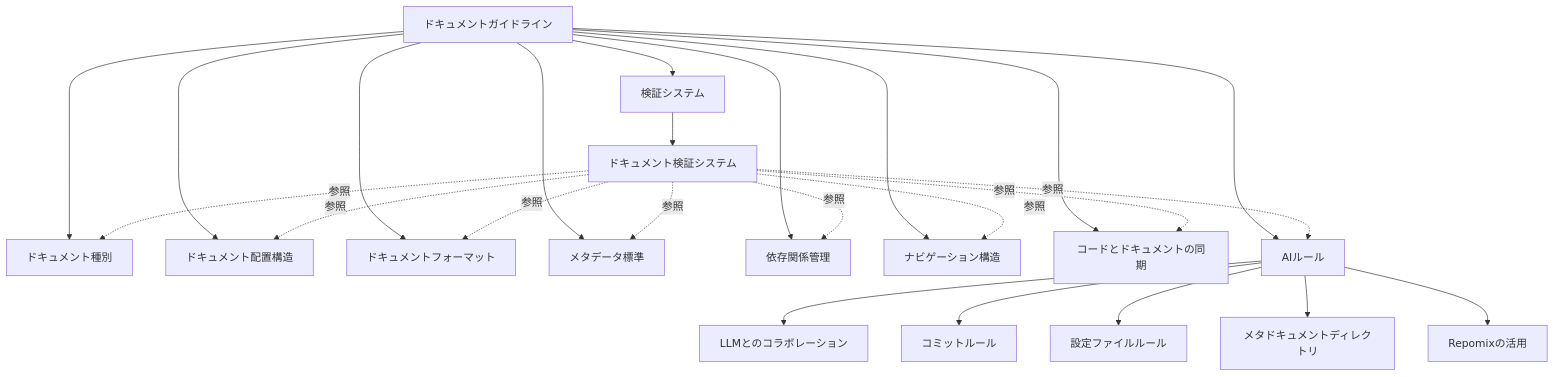
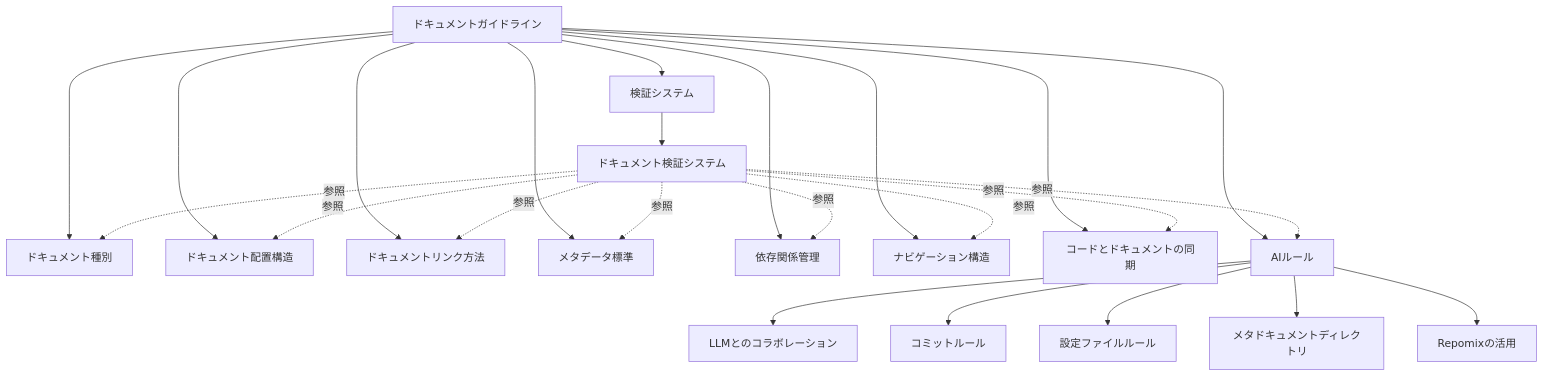
One commit to ToyB0x/git-resume changed the diagram in docs/rules/README.md. Above: the diagram before and after it, drawn with Mermaid. The commit also changed other lines of this file, not shown here.

````diff
--- a/docs/rules/README.md
+++ b/docs/rules/README.md
@@ -88,29 +97,29 @@
 ```mermaid
 graph TD
     A[ドキュメントガイドライン] --> B1[ドキュメント種別]
     A --> B2[ドキュメント配置構造]
-    A --> B3[ドキュメントフォーマット]
+    A --> B3[ドキュメントリンク方法]
     A --> B4[メタデータ標準]
     A --> B5[依存関係管理]
     A --> B6[ナビゲーション構造]
     A --> B7[コードとドキュメントの同期]
     A --> B8[検証システム]
     A --> B9[AIルール]
     
     B9 --> C1[LLMとのコラボレーション]
     B9 --> C2[コミットルール]
     B9 --> C3[設定ファイルルール]
     B9 --> C4[メタドキュメントディレクトリ]
     B9 --> C5[Repomixの活用]
     
     B8 --> D[ドキュメント検証システム]
     
     D -.-> |参照| B1
     D -.-> |参照| B2
     D -.-> |参照| B3
     D -.-> |参照| B4
     D -.-> |参照| B5
     D -.-> |参照| B6
     D -.-> |参照| B7
     D -.-> |参照| B9
 ```
````
